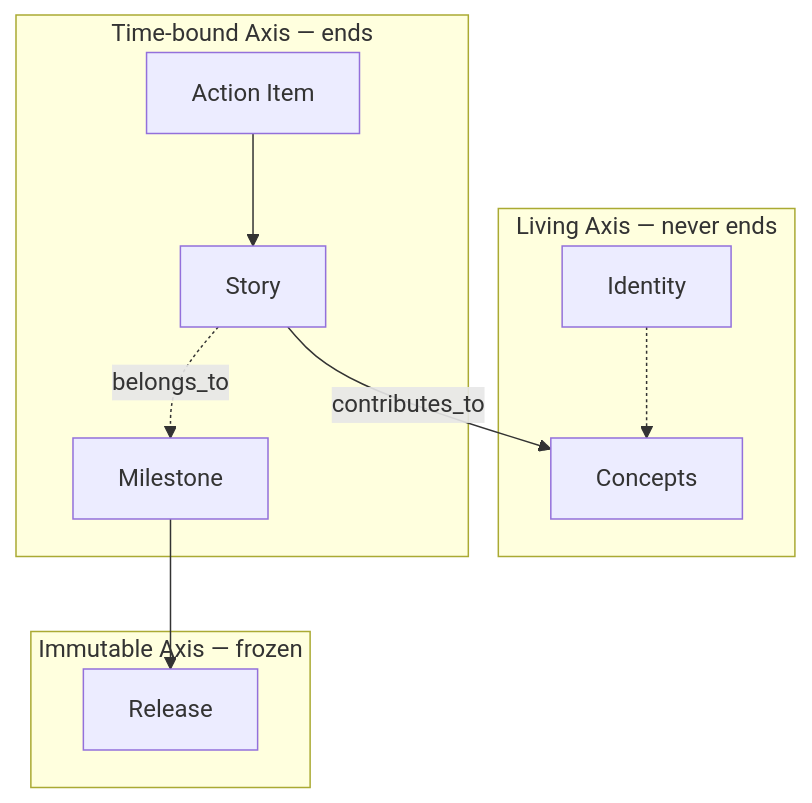
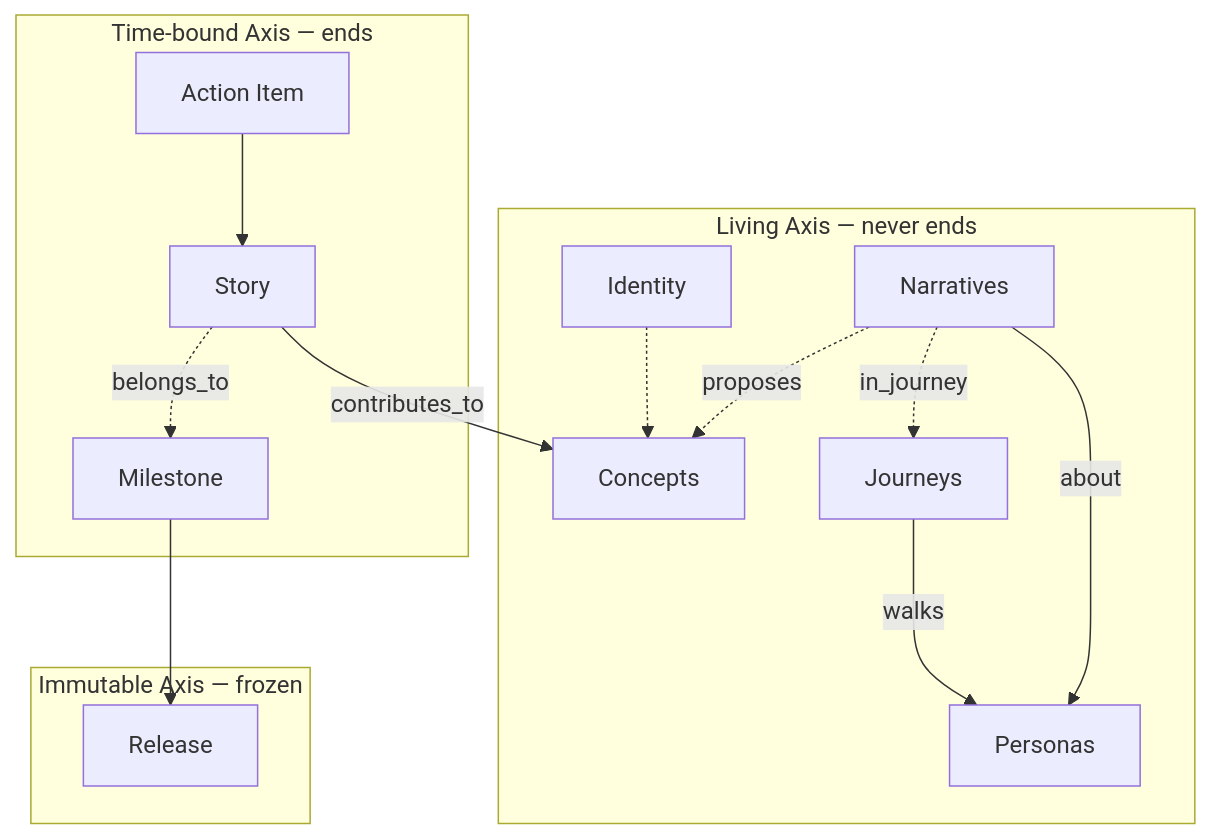
Before and after one commit to noory-code/noory-ai: the diagram in solera/docs/reference/axes-and-status.md, drawn with Mermaid. The commit also changed other lines of this file and 2 other files, not shown here.

First line of the commit message:
docs(solera): expand Living axis with Persona/Journey/Narrative

````diff
--- a/solera/docs/reference/axes-and-status.md
+++ b/solera/docs/reference/axes-and-status.md
@@ -16,20 +18,27 @@
 ```mermaid
 flowchart TD
     subgraph Living["Living Axis — never ends"]
         ID[Identity]
         CO[Concepts]
+        PE[Personas]
+        JO[Journeys]
+        NA[Narratives]
     end
     subgraph TimeBound["Time-bound Axis — ends"]
         MS[Milestone]
         ST[Story]
         AI[Action Item]
     end
     subgraph Immutable["Immutable Axis — frozen"]
         RE[Release]
     end
     ID -.-> CO
+    JO -->|walks| PE
+    NA -->|about| PE
+    NA -.->|in_journey| JO
+    NA -.->|proposes| CO
     ST -->|contributes_to| CO
     ST -.->|belongs_to| MS
     AI --> ST
     MS --> RE
 ```
````
